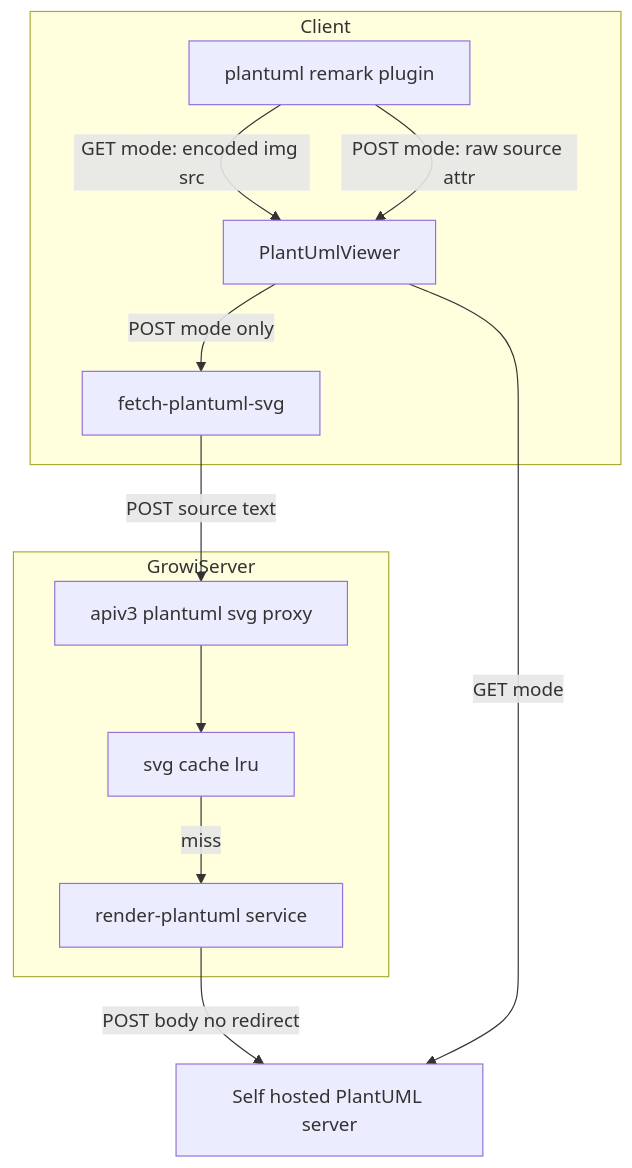
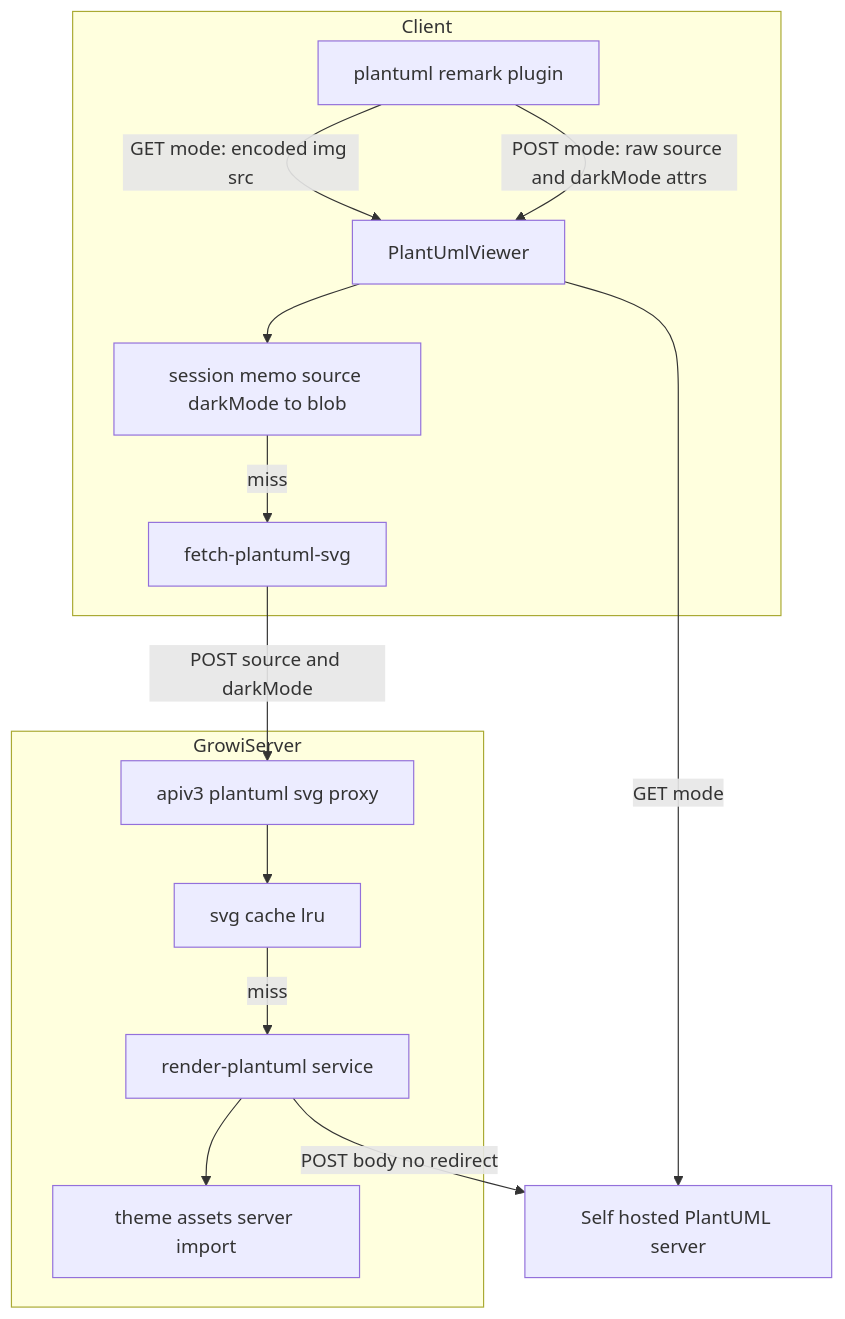
Before and after one commit to growilabs/growi: the first of 2 diagrams in .kiro/specs/plantuml-post-optin/design.md, drawn with Mermaid. The commit also changed other lines of this file and 3 other files, not shown here.

````diff
--- a/.kiro/specs/plantuml-post-optin/design.md
+++ b/.kiro/specs/plantuml-post-optin/design.md
@@ -54,23 +58,27 @@
 ```mermaid
 graph TB
     subgraph Client
         Remark[plantuml remark plugin]
         Viewer[PlantUmlViewer]
+        Memo[session memo source darkMode to blob]
         FetchUtil[fetch-plantuml-svg]
     end
     subgraph GrowiServer
         Proxy[apiv3 plantuml svg proxy]
         Cache[svg cache lru]
         Render[render-plantuml service]
+        Theme[theme assets server import]
     end
     PlantUmlServer[Self hosted PlantUML server]
 
     Remark -->|GET mode: encoded img src| Viewer
-    Remark -->|POST mode: raw source attr| Viewer
-    Viewer -->|POST mode only| FetchUtil
-    FetchUtil -->|POST source text| Proxy
+    Remark -->|POST mode: raw source and darkMode attrs| Viewer
+    Viewer --> Memo
+    Memo -->|miss| FetchUtil
+    FetchUtil -->|POST source and darkMode| Proxy
     Proxy --> Cache
     Cache -->|miss| Render
+    Render --> Theme
     Render -->|POST body no redirect| PlantUmlServer
     Viewer -->|GET mode| PlantUmlServer
 ```
````
